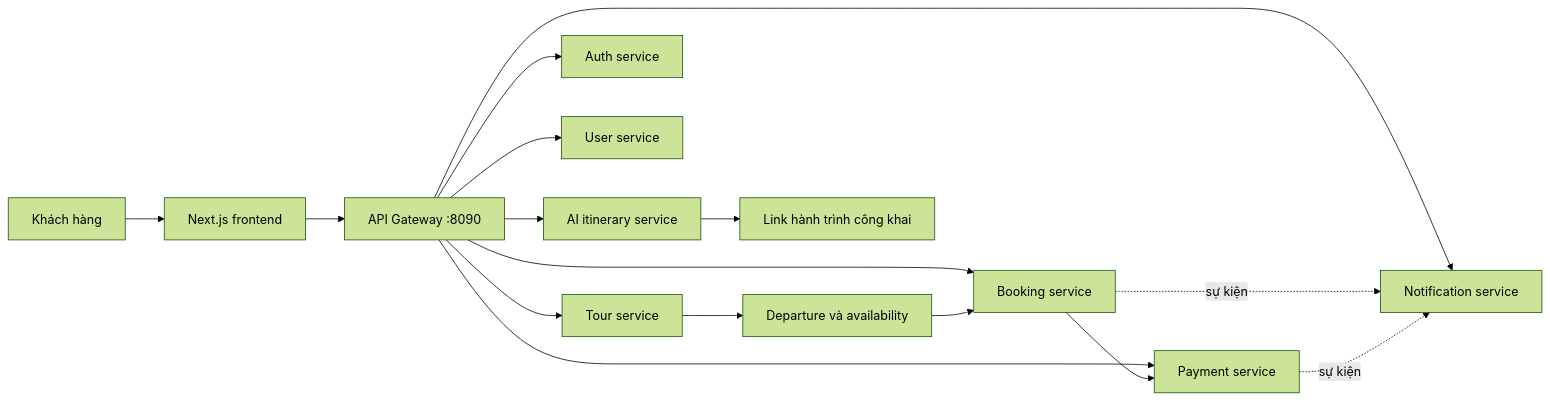
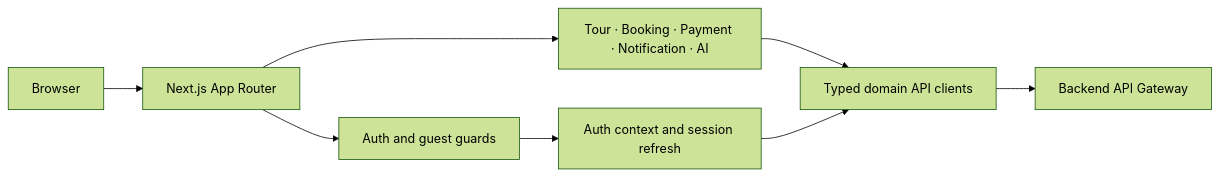
One commit to trinhxuanhuan/journeyai-frontend changed the diagram in README.md. Above: the diagram before and after it, drawn with Mermaid (forest theme). The commit also changed other lines of this file, not shown here.

Commit message:
docs: strengthen frontend portfolio readme

````diff
--- a/README.md
+++ b/README.md
@@ -35,19 +47,10 @@
 ```mermaid
 flowchart LR
-  Customer[Khách hàng] --> FE[Next.js frontend]
-  FE --> Gateway[API Gateway :8090]
-  Gateway --> Tour[Tour service]
-  Gateway --> Auth[Auth service]
-  Gateway --> User[User service]
-  Gateway --> Booking[Booking service]
-  Gateway --> Payment[Payment service]
-  Gateway --> Notification[Notification service]
-  Gateway --> AI[AI itinerary service]
-
-  Tour --> Departure[Departure và availability]
-  Departure --> Booking
-  Booking --> Payment
-  Booking -. sự kiện .-> Notification
-  Payment -. sự kiện .-> Notification
-  AI --> Shared[Link hành trình công khai]
+  Browser[Browser] --> App[Next.js App Router]
+  App --> Guards[Auth and guest guards]
+  App --> Features["Tour · Booking · Payment · Notification · AI"]
+  Guards --> Session[Auth context and session refresh]
+  Features --> Clients[Typed domain API clients]
+  Session --> Clients
+  Clients --> Gateway[Backend API Gateway]
 ```
````
